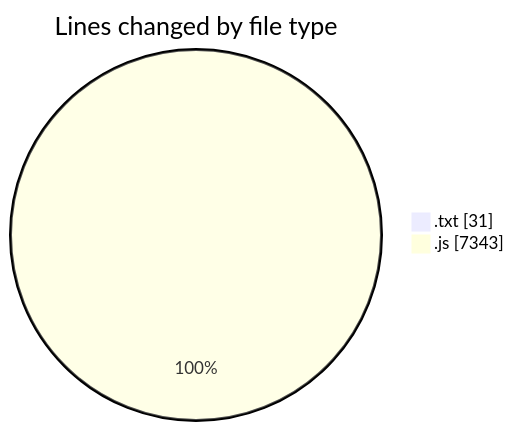
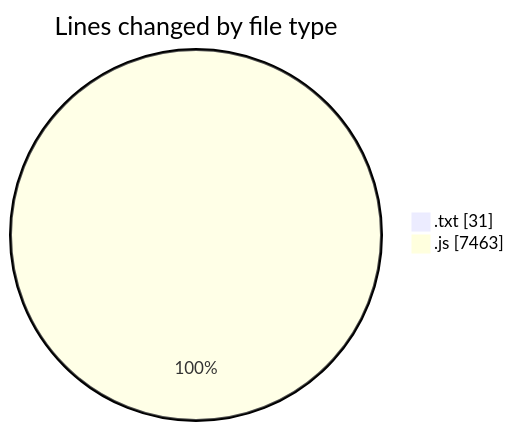
One commit to becaeroporto-bot/code-tracking changed the first of 2 diagrams in 2026-02-19/bot_i_a/README.md. Above: the diagram before and after it, drawn with Mermaid. The commit also changed other lines of this file and 1 other file, not shown here.

````diff
--- a/2026-02-19/bot_i_a/README.md
+++ b/2026-02-19/bot_i_a/README.md
@@ -34,6 +34,6 @@
 ```mermaid
 pie showData
 title Lines changed by file type
 ".txt" : 31
-".js" : 7343
+".js" : 7463
 ```
````
